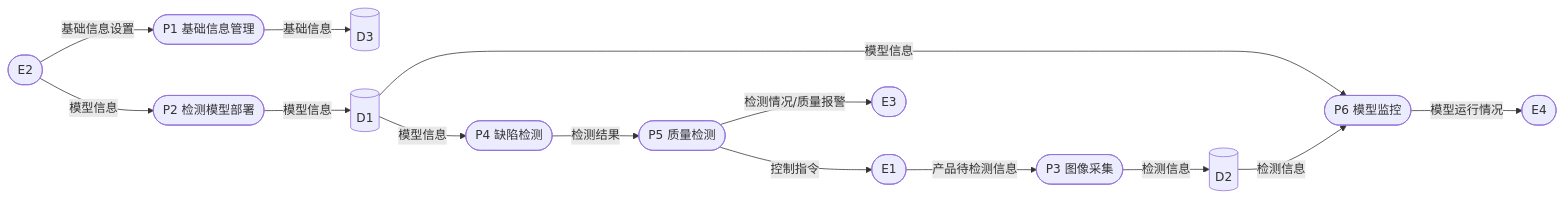
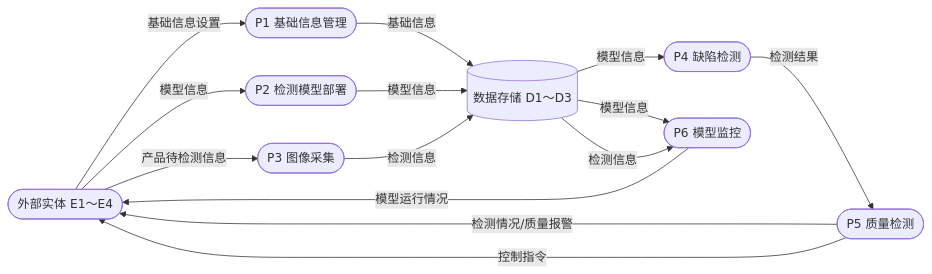
One commit to LBStruggleee/RuanKao changed the first of 4 diagrams in docs/practice/subject2/dfd-uml-exercises.md. Above: the diagram before and after it, drawn with Mermaid. The commit also changed other lines of this file and 2 other files, not shown here.

Commit message:
day-27: DFD与UML答题模板notes + 修复图形复原的答案泄露（E/D编号脱敏）

````diff
--- a/docs/practice/subject2/dfd-uml-exercises.md
+++ b/docs/practice/subject2/dfd-uml-exercises.md
@@ -118,16 +123,18 @@
 ```mermaid
 flowchart LR
-    E2([E2]) -->|基础信息设置| P1([P1 基础信息管理])
-    P1 -->|基础信息| D1[("D3")]
-    E2 -->|模型信息| P2([P2 检测模型部署])
-    P2 -->|模型信息| D2[("D1")]
-    E1([E1]) -->|产品待检测信息| P3([P3 图像采集])
-    P3 -->|检测信息| D3[("D2")]
-    D2 -->|模型信息| P4([P4 缺陷检测])
+    EXT([外部实体 E1～E4])
+    DST[(数据存储 D1～D3)]
+    EXT -->|基础信息设置| P1([P1 基础信息管理])
+    EXT -->|模型信息| P2([P2 检测模型部署])
+    EXT -->|产品待检测信息| P3([P3 图像采集])
+    P1 -->|基础信息| DST
+    P2 -->|模型信息| DST
+    P3 -->|检测信息| DST
+    DST -->|模型信息| P4([P4 缺陷检测])
     P4 -->|检测结果| P5([P5 质量检测])
-    P5 -->|检测情况/质量报警| E3([E3])
-    P5 -->|控制指令| E1
-    D2 -->|模型信息| P6([P6 模型监控])
-    D3 -->|检测信息| P6
-    P6 -->|模型运行情况| E4([E4])
+    P5 -->|检测情况/质量报警| EXT
+    P5 -->|控制指令| EXT
+    DST -->|模型信息| P6([P6 模型监控])
+    DST -->|检测信息| P6
+    P6 -->|模型运行情况| EXT
 ```
````
